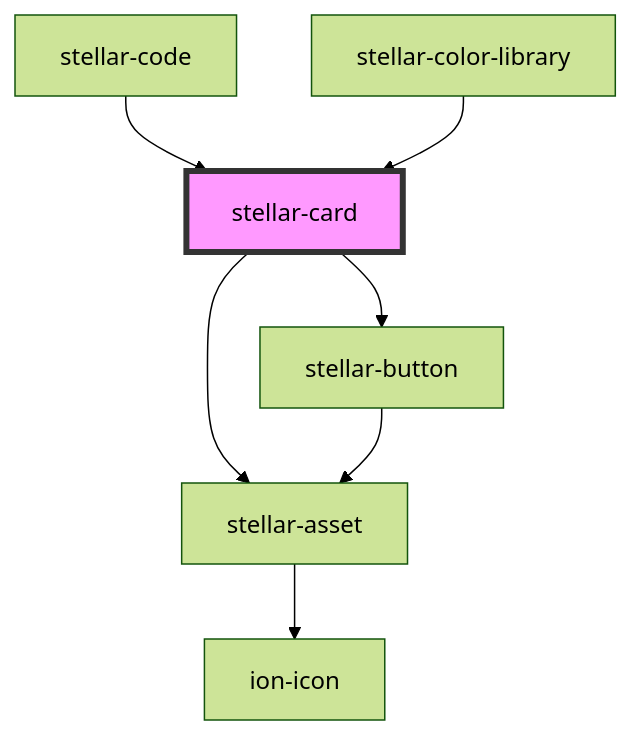
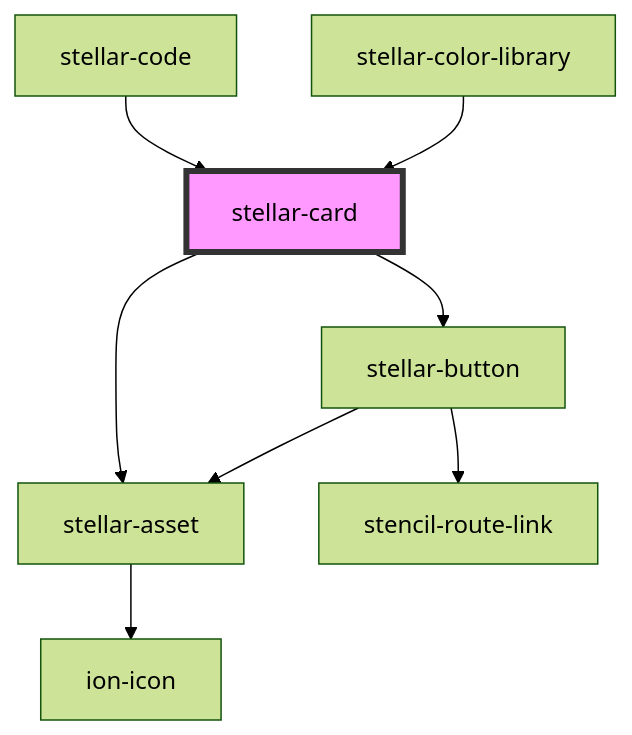
The diagram in src/components/ui/card/readme.md (splitinfinities/Stellar), drawn with Mermaid (forest theme) before and after one commit. The commit also changed 25 other files, not shown here.

````diff
--- a/src/components/ui/card/readme.md
+++ b/src/components/ui/card/readme.md
@@ -112,10 +112,11 @@
 ```mermaid
 graph TD;
   stellar-card --> stellar-button
   stellar-card --> stellar-asset
   stellar-button --> stellar-asset
+  stellar-button --> stencil-route-link
   stellar-asset --> ion-icon
   stellar-code --> stellar-card
   stellar-color-library --> stellar-card
   style stellar-card fill:#f9f,stroke:#333,stroke-width:4px
 ```
````
